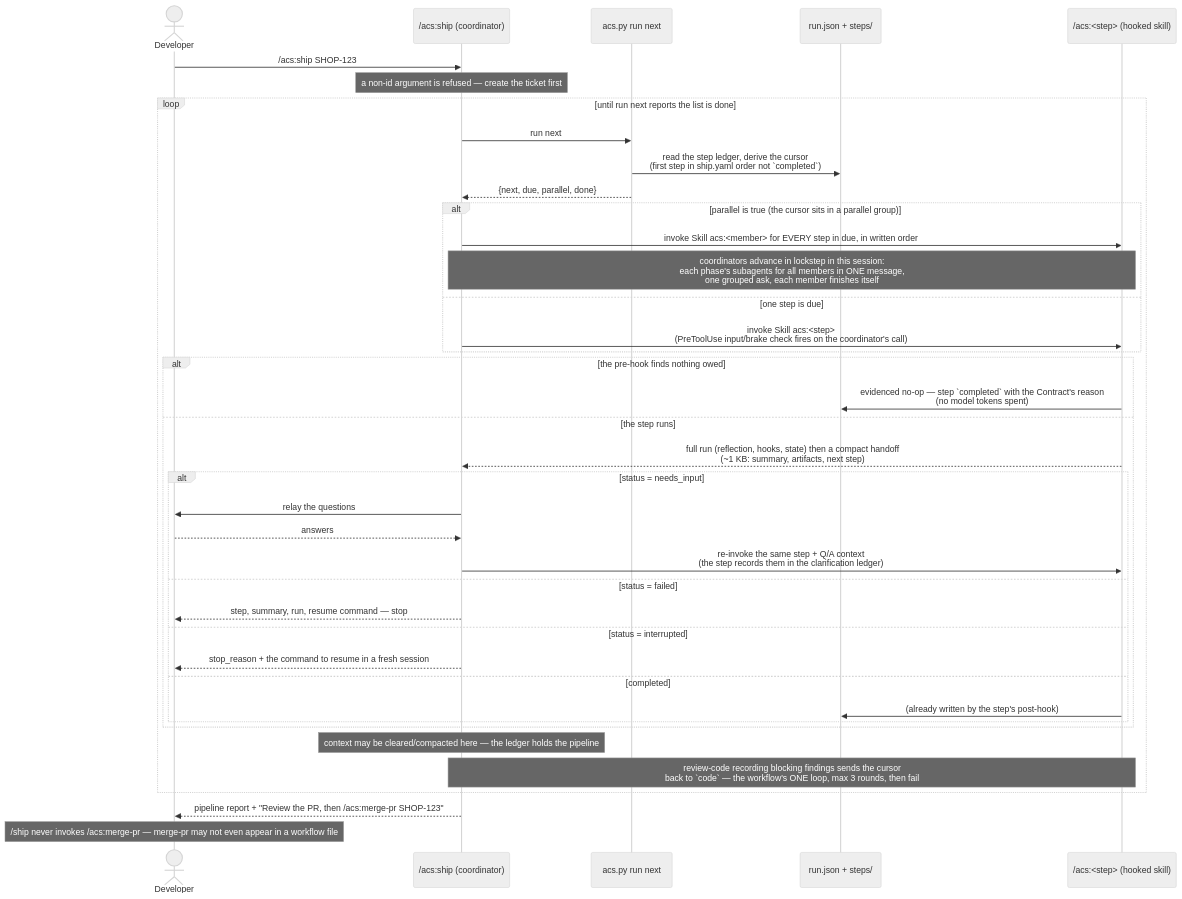
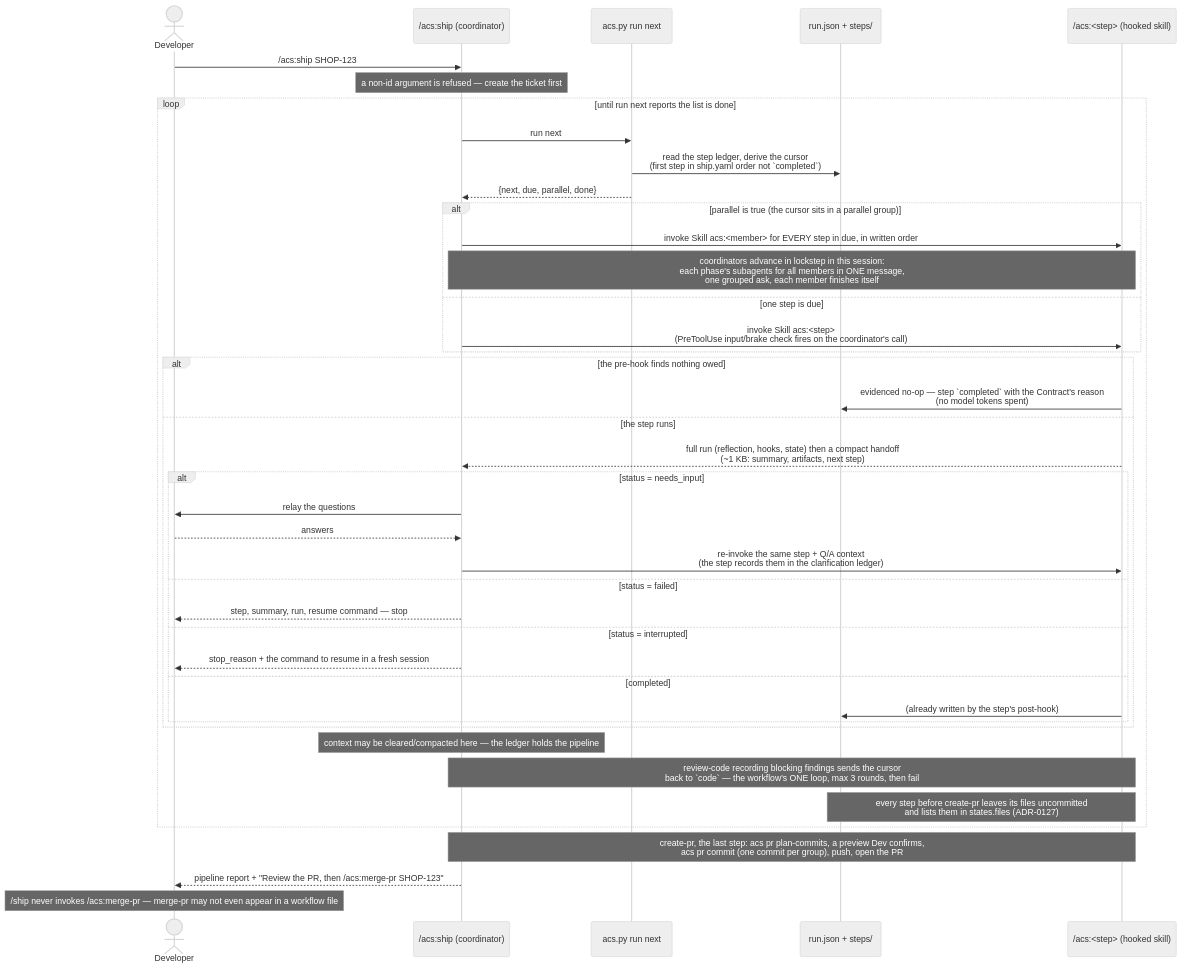
The first of 2 diagrams in docs/architecture/lld/flows/ship-pipeline.md (globalmindsolution/gms-marketplace), drawn with Mermaid (neutral theme) before and after one commit. The commit also changed other lines of this file and 18 other files, not shown here.

First line of the commit message:
WIP: only /acs:create-pr branches and commits (in progress, cont.)

````diff
--- a/docs/architecture/lld/flows/ship-pipeline.md
+++ b/docs/architecture/lld/flows/ship-pipeline.md
@@ -27,42 +27,44 @@
 ```mermaid
 sequenceDiagram
     actor Dev as Developer
     participant SH as /acs:ship (coordinator)
     participant WF as acs.py run next
     participant WS as run.json + steps/
     participant SK as /acs:<step> (hooked skill)
 
     Dev->>SH: /acs:ship SHOP-123
     note over SH: a non-id argument is refused — create the ticket first
     loop until run next reports the list is done
         SH->>WF: run next
         WF->>WS: read the step ledger, derive the cursor<br/>(first step in ship.yaml order not `completed`)
         WF-->>SH: {next, due, parallel, done}
         alt parallel is true (the cursor sits in a parallel group)
             SH->>SK: invoke Skill acs:<member> for EVERY step in due, in written order
             note over SH,SK: coordinators advance in lockstep in this session:<br/>each phase's subagents for all members in ONE message,<br/>one grouped ask, each member finishes itself
         else one step is due
             SH->>SK: invoke Skill acs:<step><br/>(PreToolUse input/brake check fires on the coordinator's call)
         end
         alt the pre-hook finds nothing owed
             SK->>WS: evidenced no-op — step `completed` with the Contract's reason<br/>(no model tokens spent)
         else the step runs
             SK-->>SH: full run (reflection, hooks, state) then a compact handoff<br/>(~1 KB: summary, artifacts, next step)
             alt status = needs_input
                 SH->>Dev: relay the questions
                 Dev-->>SH: answers
                 SH->>SK: re-invoke the same step + Q/A context<br/>(the step records them in the clarification ledger)
             else status = failed
                 SH-->>Dev: step, summary, run, resume command — stop
             else status = interrupted
                 SH-->>Dev: stop_reason + the command to resume in a fresh session
             else completed
                 SK->>WS: (already written by the step's post-hook)
             end
         end
         note over SH: context may be cleared/compacted here — the ledger holds the pipeline
         note over SH,SK: review-code recording blocking findings sends the cursor<br/>back to `code` — the workflow's ONE loop, max 3 rounds, then fail
+        note over SK,WS: every step before create-pr leaves its files uncommitted<br/>and lists them in states.files (ADR-0127)
     end
+    note over SH,SK: create-pr, the last step: acs pr plan-commits, a preview Dev confirms,<br/>acs pr commit (one commit per group), push, open the PR
     SH-->>Dev: pipeline report + "Review the PR, then /acs:merge-pr SHOP-123"
     note over Dev: /ship never invokes /acs:merge-pr — merge-pr may not even appear in a workflow file
 ```
````
